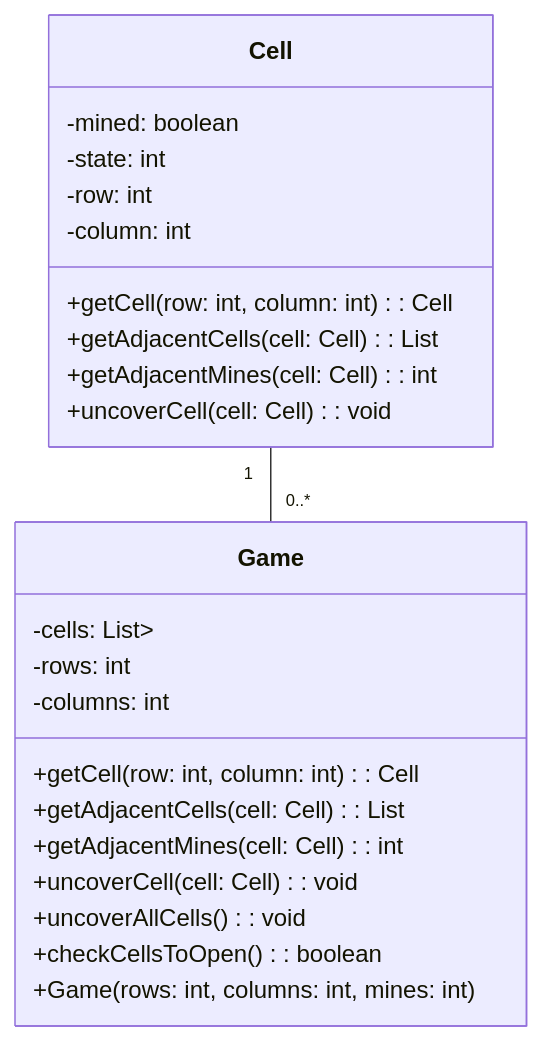
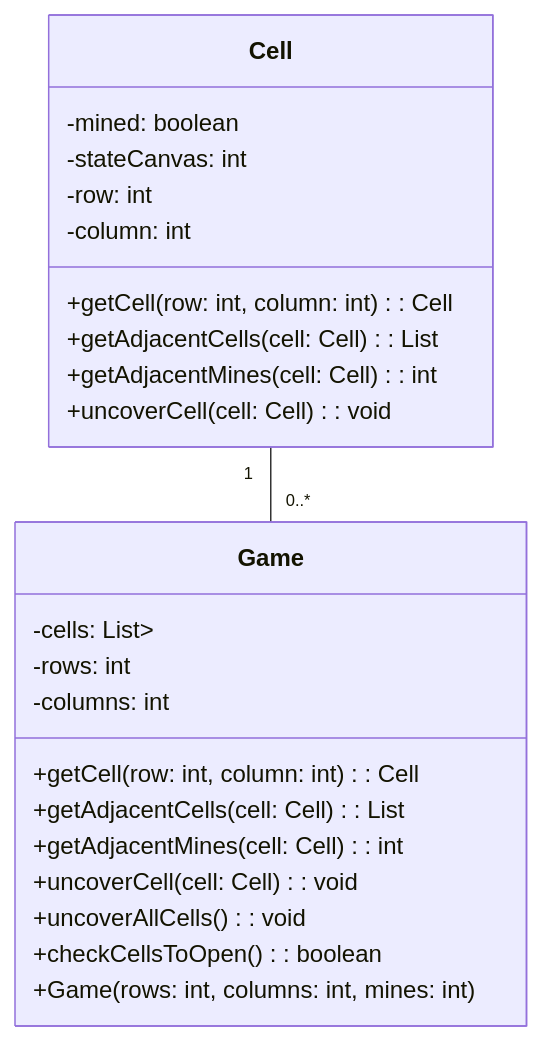
One commit to peseoane/minesweeper changed the diagram in requirements.md. Above: the diagram before and after it, drawn with Mermaid. The commit also changed other lines of this file, not shown here.

````diff
--- a/requirements.md
+++ b/requirements.md
@@ -68,26 +72,26 @@
 ```mermaid
 classDiagram	
     class Cell {
         -mined: boolean
-        -state: int
+        -stateCanvas: int
         -row: int
         -column: int
         +getCell(row: int, column: int): Cell
         +getAdjacentCells(cell: Cell): List<Cell>
         +getAdjacentMines(cell: Cell): int
         +uncoverCell(cell: Cell): void
     }
     class Game {
         -cells: List<List<Cell>>
         -rows: int
         -columns: int
         +getCell(row: int, column: int): Cell
         +getAdjacentCells(cell: Cell): List<Cell>
         +getAdjacentMines(cell: Cell): int
         +uncoverCell(cell: Cell): void
         +uncoverAllCells(): void
         +checkCellsToOpen(): boolean
         +Game(rows: int, columns: int, mines: int)
     }
     Cell "1" -- "0..*" Game
 ```
````
